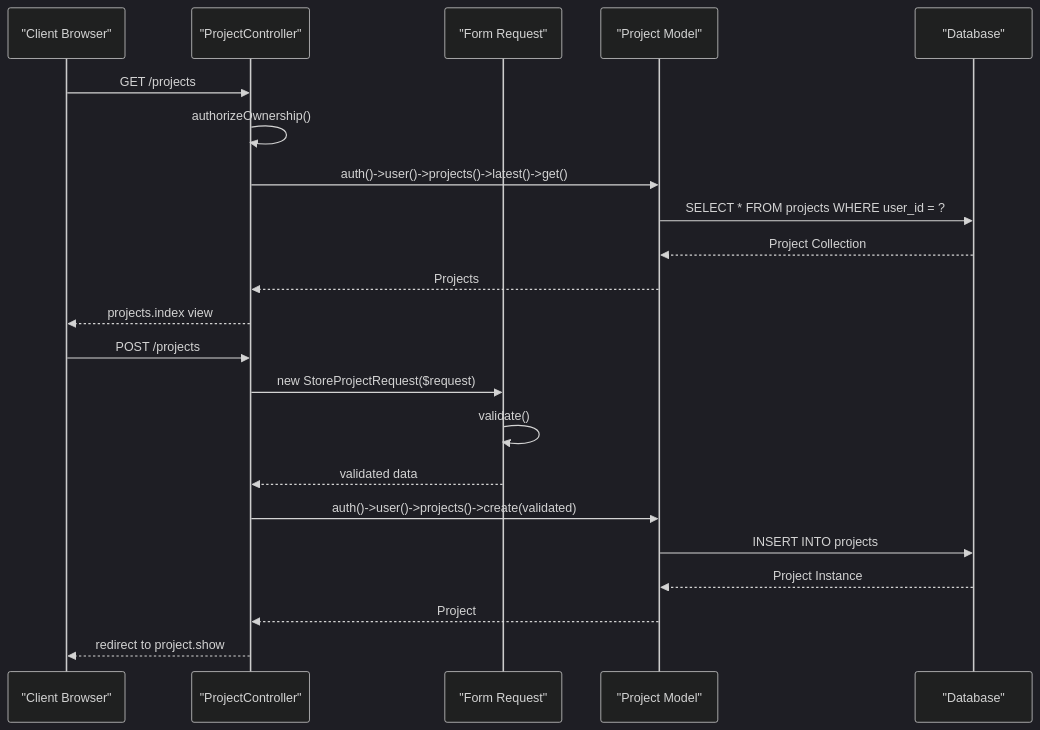
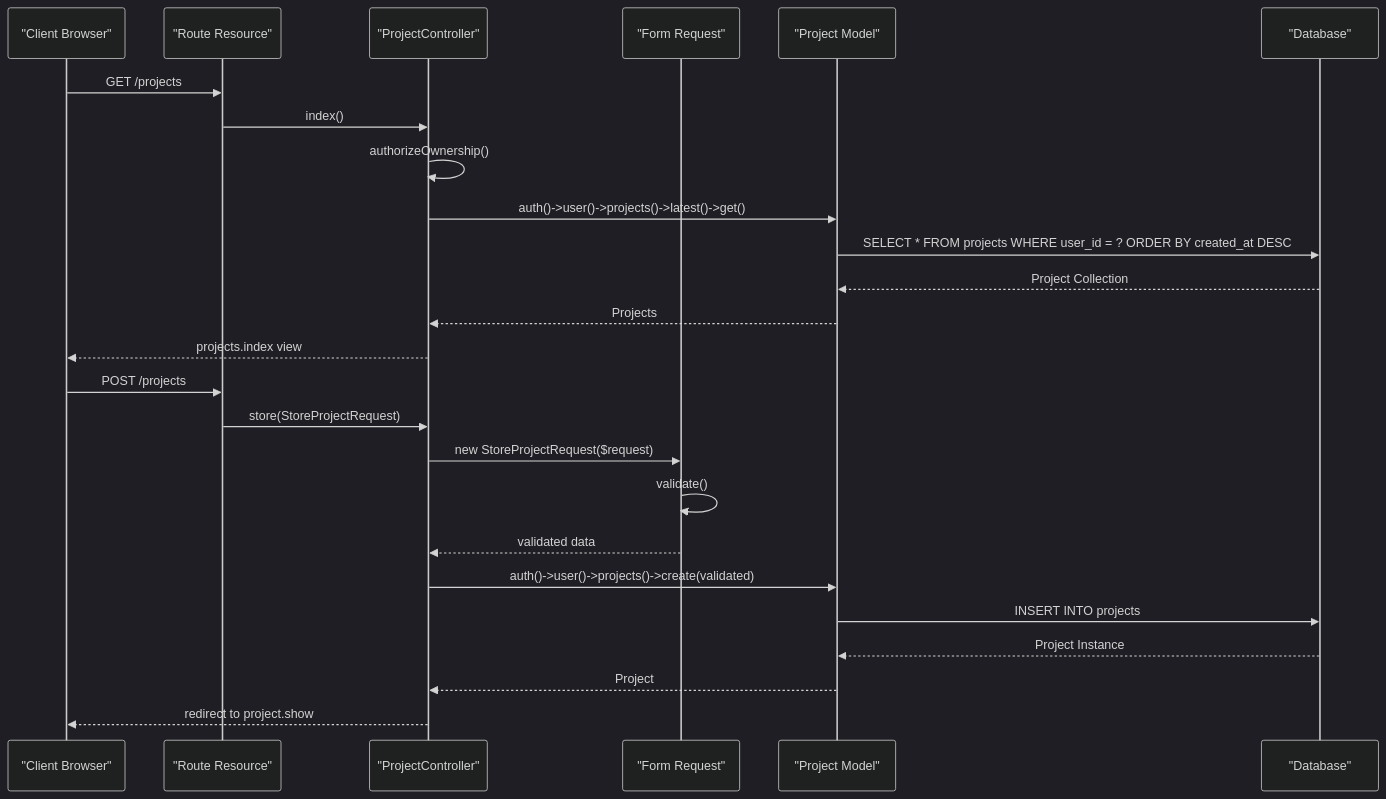
The third of 10 diagrams in .qoder/repowiki/en/content/Laravel Application Components/Project Management System.md (siimliimand/laravel-assistant), drawn with Mermaid (dark theme) before and after one commit. The commit also changed other lines of this file and 1 other file, not shown here.

First line of the commit message:
docs(project-management): update project management system documentation comprehensively

````diff
--- a/.qoder/repowiki/en/content/Laravel Application Components/Project Management System.md
+++ b/.qoder/repowiki/en/content/Laravel Application Components/Project Management System.md
@@ -170,24 +213,27 @@
 ```mermaid
 sequenceDiagram
 participant Client as "Client Browser"
+participant Router as "Route Resource"
 participant Controller as "ProjectController"
 participant Validator as "Form Request"
 participant Model as "Project Model"
 participant DB as "Database"
-Client->>Controller : GET /projects
+Client->>Router : GET /projects
+Router->>Controller : index()
 Controller->>Controller : authorizeOwnership()
 Controller->>Model : auth()->user()->projects()->latest()->get()
-Model->>DB : SELECT * FROM projects WHERE user_id = ?
+Model->>DB : SELECT * FROM projects WHERE user_id = ? ORDER BY created_at DESC
 DB-->>Model : Project Collection
 Model-->>Controller : Projects
 Controller-->>Client : projects.index view
-Client->>Controller : POST /projects
+Client->>Router : POST /projects
+Router->>Controller : store(StoreProjectRequest)
 Controller->>Validator : new StoreProjectRequest($request)
 Validator->>Validator : validate()
 Validator-->>Controller : validated data
 Controller->>Model : auth()->user()->projects()->create(validated)
 Model->>DB : INSERT INTO projects
 DB-->>Model : Project Instance
 Model-->>Controller : Project
 Controller-->>Client : redirect to project.show
 ```
````
